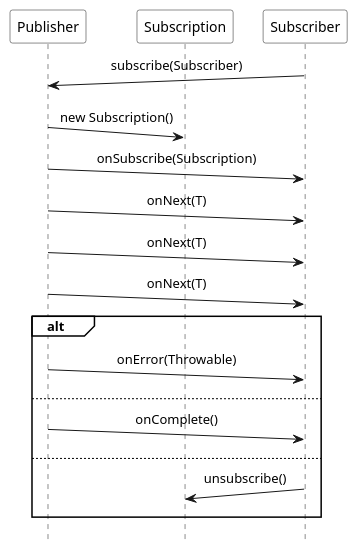
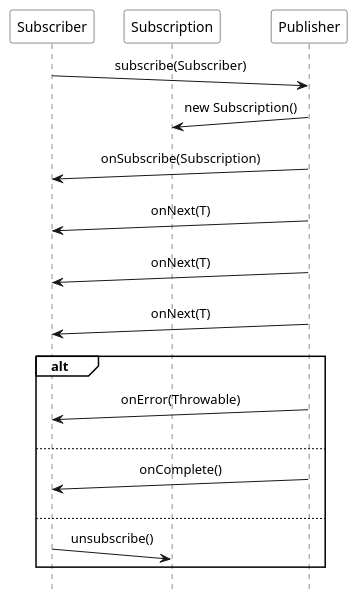
Before and after one commit to ti-cortex-m4/demo-java-reactive-streams-old: the diagram in images/pattern_Reactive_Extensions.puml, drawn with PlantUML. The commit also changed other lines of this file and 8 other files, not shown here.

```diff
--- a/images/pattern_Reactive_Extensions.puml
+++ b/images/pattern_Reactive_Extensions.puml
@@ -1,36 +1,36 @@
 @startuml
 
 scale 1.0
 hide footbox
 
 !pragma teoz true
 
 skinparam monochrome true
 skinparam defaultFontName Source Sans Pro
 skinparam sequenceMessageAlign center
 skinparam participantBackgroundColor #white
 skinparam noteBackgroundColor #white
 skinparam sequenceGroupBackgroundColor #white
 skinparam participantPadding 10
 
+participant Subscriber
+participant Subscription
 participant Publisher
-participant Subscription
-participant Subscriber
 
 Subscriber ->(10) Publisher : subscribe(Subscriber)
 Publisher ->(10) Subscription : new Subscription()
 Publisher ->(10) Subscriber : onSubscribe(Subscription)
 
 Publisher ->(10) Subscriber : onNext(T)
 Publisher ->(10) Subscriber : onNext(T)
 Publisher ->(10) Subscriber : onNext(T)
 
 alt
     Publisher ->(10) Subscriber : onError(Throwable)
 else
     Publisher ->(10) Subscriber : onComplete()
 else
     Subscriber ->(10) Subscription : unsubscribe()
 end
 
 @enduml
```
